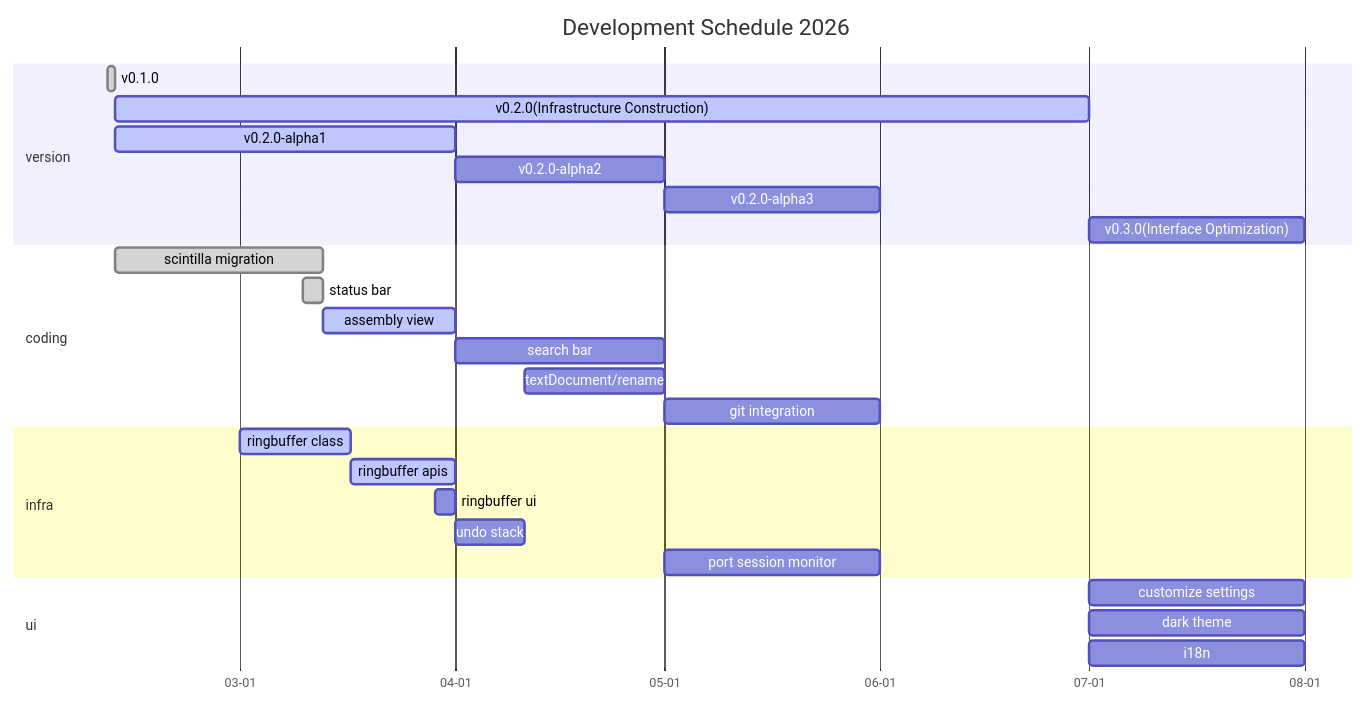
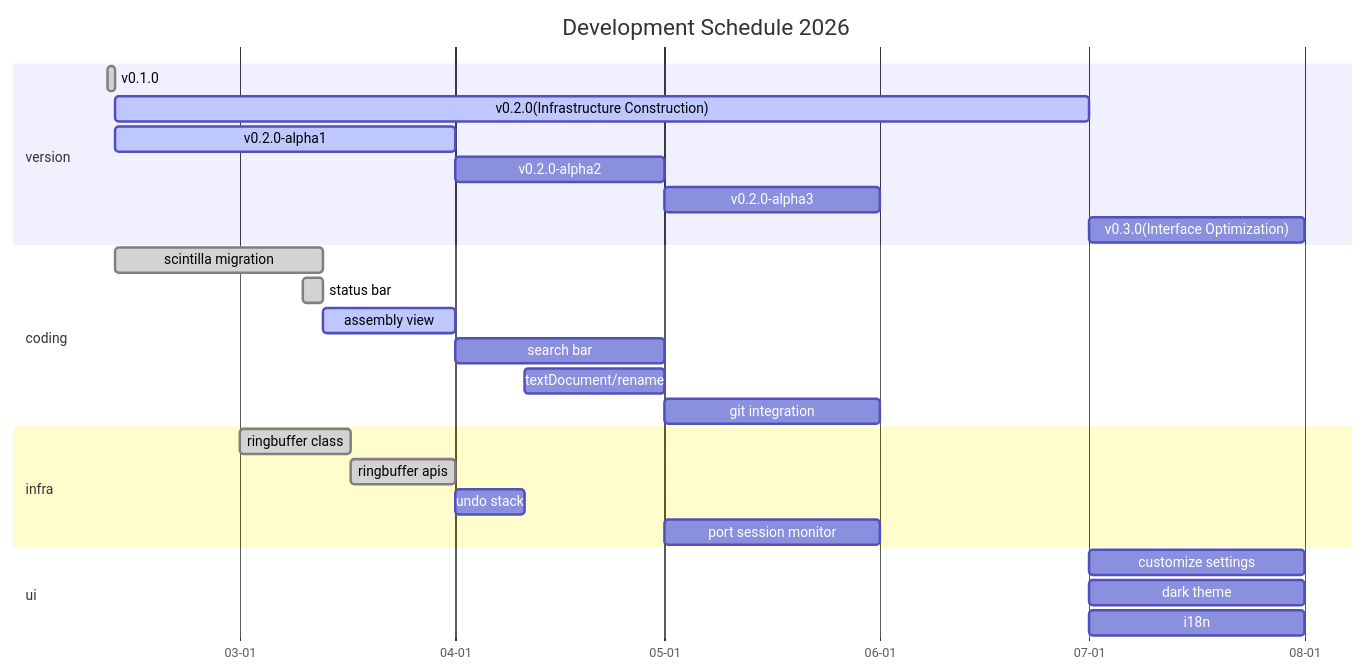
The second of 3 diagrams in readme.md (zyt20001205/UniComm2), drawn with Mermaid before and after one commit.

Commit message:
md update

````diff
--- a/readme.md
+++ b/readme.md
@@ -79,35 +79,34 @@
 ```mermaid
 gantt
     title Development Schedule 2026
     dateFormat MM-DD
     axisFormat %m-%d
     tickInterval 1month
 
     section version
         v0.1.0: done, 02-10, 1d
         v0.2.0(Infrastructure Construction): active, 02-11, 140d
         v0.2.0-alpha1: active, 02-11, 49d
         v0.2.0-alpha2: 04-01, 30d
         v0.2.0-alpha3: 05-01, 31d
         v0.3.0(Interface Optimization): 07-01, 31d
 
     section coding
         scintilla migration: done, 02-11, 30d
         status bar: done, 03-10, 3d
         assembly view: active, 03-13, 19d
         search bar: 04-01, 30d
         textDocument/rename: 04-11, 20d
         git integration: 05-01, 31d
 
     section infra
-        ringbuffer class: active, 03-01, 16d
-        ringbuffer apis: active, 03-17, 15d
-        ringbuffer ui: 03-29, 3d
+        ringbuffer class: done, 03-01, 16d
+        ringbuffer apis: done, 03-17, 15d
         undo stack: 04-01, 10d
         port session monitor: 05-01, 31d
 
     section ui
         customize settings: 07-01, 31d
         dark theme: 07-01, 31d
         i18n: 07-01, 31d
 ```
````
